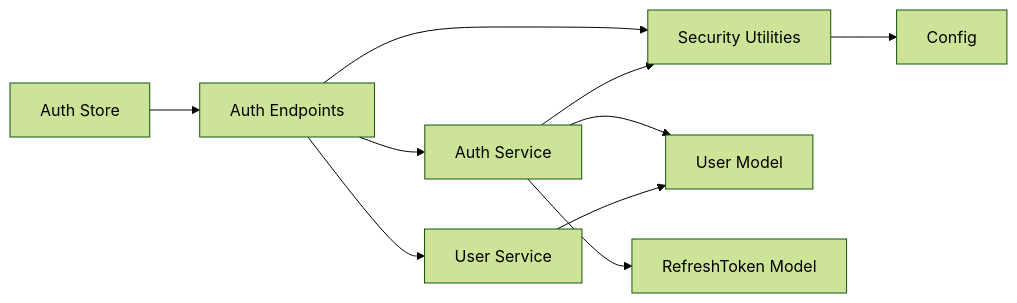
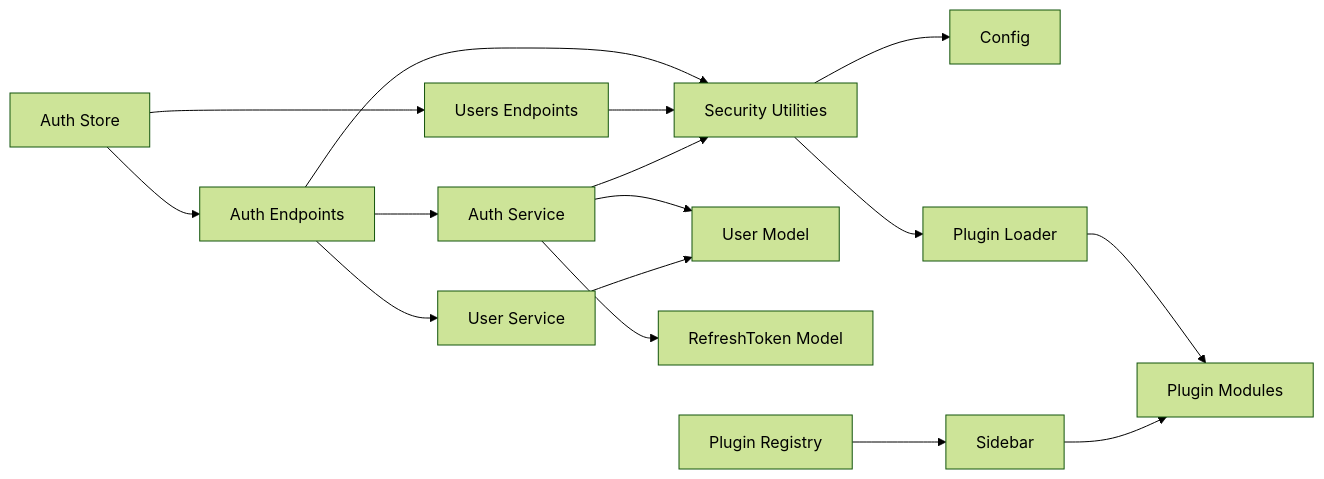
Before and after one commit to Nikita5543/New-SSO-02: the ninth of 9 diagrams in .qoder/repowiki/en/content/Authentication & Authorization System/Authentication & Authorization System.md, drawn with Mermaid (forest theme). The commit also changed other lines of this file and 4 other files, not shown here.

````diff
--- a/.qoder/repowiki/en/content/Authentication & Authorization System/Authentication & Authorization System.md
+++ b/.qoder/repowiki/en/content/Authentication & Authorization System/Authentication & Authorization System.md
@@ -354,12 +480,18 @@
 ```mermaid
 graph LR
 AUTH_EP["Auth Endpoints"] --> AUTH_SVC["Auth Service"]
 AUTH_EP --> USER_SVC["User Service"]
 AUTH_EP --> SEC_UTIL["Security Utilities"]
+USERS_EP["Users Endpoints"] --> SEC_UTIL
 AUTH_SVC --> SEC_UTIL
 AUTH_SVC --> USER_M["User Model"]
 AUTH_SVC --> RT_M["RefreshToken Model"]
 USER_SVC --> USER_M
 SEC_UTIL --> CFG["Config"]
+SEC_UTIL --> PLUGIN_LOADER["Plugin Loader"]
+PLUGIN_LOADER --> PLUGINS["Plugin Modules"]
 FE_STORE["Auth Store"] --> AUTH_EP
+FE_STORE --> USERS_EP
+FE_PLUGIN_REGISTRY["Plugin Registry"] --> FE_SIDEBAR["Sidebar"]
+FE_SIDEBAR --> PLUGINS
 ```
````
